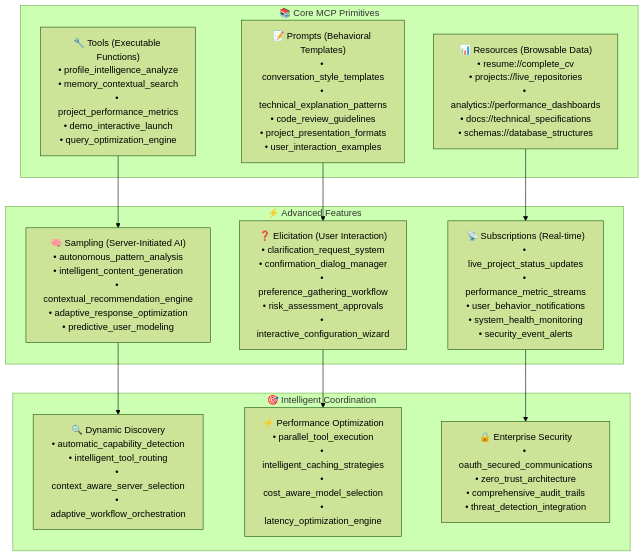
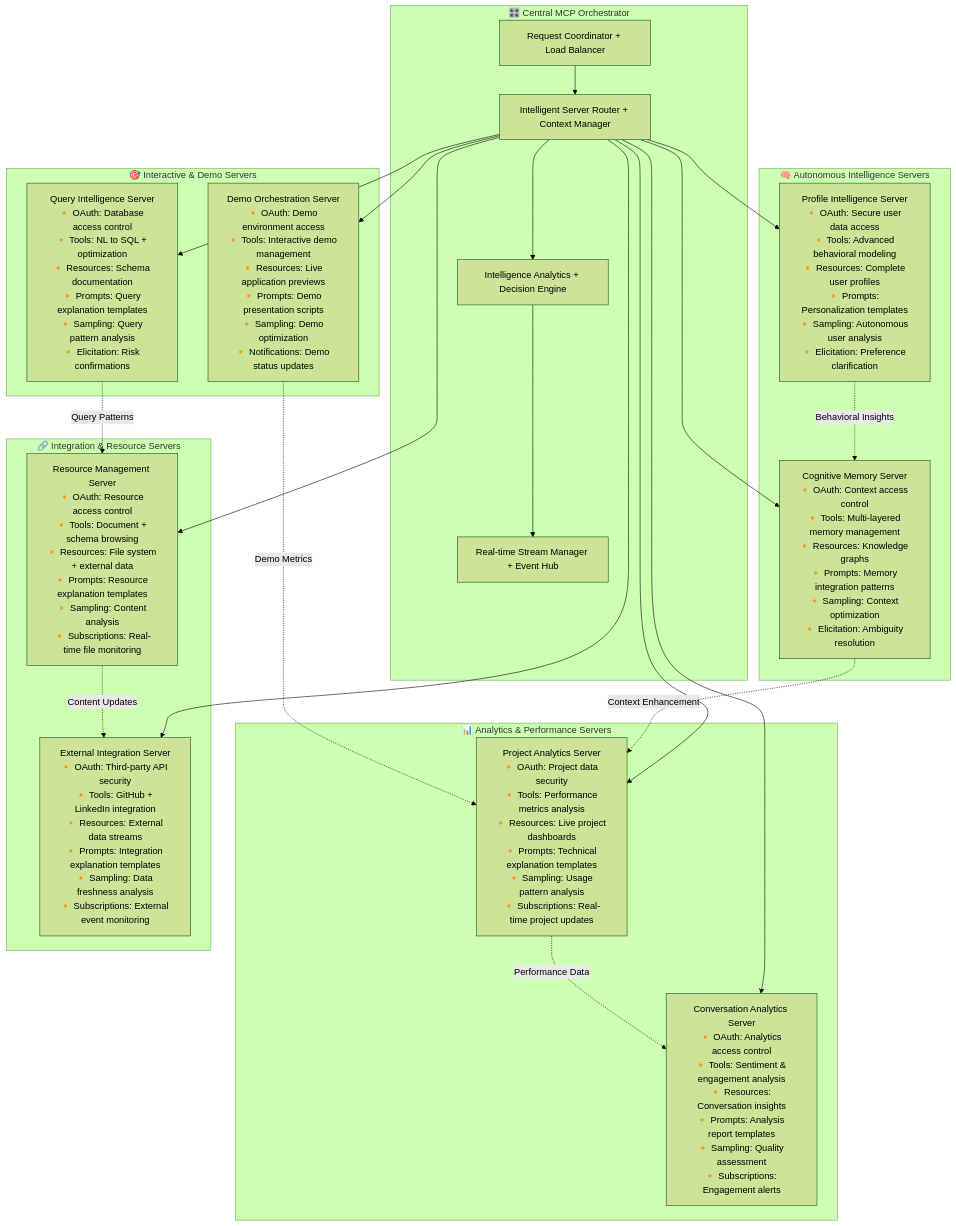
One commit to LSG-hub/Project-001 changed the sixth of 13 diagrams in README.md. Above: the diagram before and after it, drawn with Mermaid (forest theme). The commit also changed other lines of this file, not shown here.

````diff
--- a/README.md
+++ b/README.md
@@ -577,33 +968,53 @@
 ```mermaid
 graph TB
-    subgraph Core["📚 Core MCP Primitives"]
-        Tools["🔧 Tools (Executable Functions)<br/>• profile_intelligence_analyze<br/>• memory_contextual_search<br/>• project_performance_metrics<br/>• demo_interactive_launch<br/>• query_optimization_engine"]
-        
-        Resources["📊 Resources (Browsable Data)<br/>• resume://complete_cv<br/>• projects://live_repositories<br/>• analytics://performance_dashboards<br/>• docs://technical_specifications<br/>• schemas://database_structures"]
-        
-        Prompts["📝 Prompts (Behavioral Templates)<br/>• conversation_style_templates<br/>• technical_explanation_patterns<br/>• code_review_guidelines<br/>• project_presentation_formats<br/>• user_interaction_examples"]
+    subgraph "🎛️ Central MCP Orchestrator"
+        Coordinator[Request Coordinator + Load Balancer]
+        Router[Intelligent Server Router + Context Manager]
+        Analytics[Intelligence Analytics + Decision Engine]
+        Stream[Real-time Stream Manager + Event Hub]
     end
     
-    subgraph Advanced["⚡ Advanced Features"]
-        Sampling["🧠 Sampling (Server-Initiated AI)<br/>• autonomous_pattern_analysis<br/>• intelligent_content_generation<br/>• contextual_recommendation_engine<br/>• adaptive_response_optimization<br/>• predictive_user_modeling"]
+    subgraph "🧠 Autonomous Intelligence Servers"
+        ProfileIntel["Profile Intelligence Server<br/>🔸 OAuth: Secure user data access<br/>🔸 Tools: Advanced behavioral modeling<br/>🔸 Resources: Complete user profiles<br/>🔸 Prompts: Personalization templates<br/>🔸 Sampling: Autonomous user analysis<br/>🔸 Elicitation: Preference clarification"]
         
-        Elicitation["❓ Elicitation (User Interaction)<br/>• clarification_request_system<br/>• confirmation_dialog_manager<br/>• preference_gathering_workflow<br/>• risk_assessment_approvals<br/>• interactive_configuration_wizard"]
-        
-        Subscriptions["📡 Subscriptions (Real-time)<br/>• live_project_status_updates<br/>• performance_metric_streams<br/>• user_behavior_notifications<br/>• system_health_monitoring<br/>• security_event_alerts"]
+        MemoryIntel["Cognitive Memory Server<br/>🔸 OAuth: Context access control<br/>🔸 Tools: Multi-layered memory management<br/>🔸 Resources: Knowledge graphs<br/>🔸 Prompts: Memory integration patterns<br/>🔸 Sampling: Context optimization<br/>🔸 Elicitation: Ambiguity resolution"]
     end
     
-    subgraph Intelligence["🎯 Intelligent Coordination"]
-        Discovery["🔍 Dynamic Discovery<br/>• automatic_capability_detection<br/>• intelligent_tool_routing<br/>• context_aware_server_selection<br/>• adaptive_workflow_orchestration"]
+    subgraph "📊 Analytics & Performance Servers"
+        ProjectAnalytics["Project Analytics Server<br/>🔸 OAuth: Project data security<br/>🔸 Tools: Performance metrics analysis<br/>🔸 Resources: Live project dashboards<br/>🔸 Prompts: Technical explanation templates<br/>🔸 Sampling: Usage pattern analysis<br/>🔸 Subscriptions: Real-time project updates"]
         
-        Optimization["⚡ Performance Optimization<br/>• parallel_tool_execution<br/>• intelligent_caching_strategies<br/>• cost_aware_model_selection<br/>• latency_optimization_engine"]
-        
-        Security["🔒 Enterprise Security<br/>• oauth_secured_communications<br/>• zero_trust_architecture<br/>• comprehensive_audit_trails<br/>• threat_detection_integration"]
+        ConversationAnalytics["Conversation Analytics Server<br/>🔸 OAuth: Analytics access control<br/>🔸 Tools: Sentiment & engagement analysis<br/>🔸 Resources: Conversation insights<br/>🔸 Prompts: Analysis report templates<br/>🔸 Sampling: Quality assessment<br/>🔸 Subscriptions: Engagement alerts"]
     end
     
-    Tools --> Sampling
-    Resources --> Subscriptions  
-    Prompts --> Elicitation
-    Sampling --> Discovery
-    Elicitation --> Optimization
-    Subscriptions --> Security
+    subgraph "🎯 Interactive & Demo Servers"
+        DemoOrchestrator["Demo Orchestration Server<br/>🔸 OAuth: Demo environment access<br/>🔸 Tools: Interactive demo management<br/>🔸 Resources: Live application previews<br/>🔸 Prompts: Demo presentation scripts<br/>🔸 Sampling: Demo optimization<br/>🔸 Notifications: Demo status updates"]
+        
+        QueryIntel["Query Intelligence Server<br/>🔸 OAuth: Database access control<br/>🔸 Tools: NL to SQL + optimization<br/>🔸 Resources: Schema documentation<br/>🔸 Prompts: Query explanation templates<br/>🔸 Sampling: Query pattern analysis<br/>🔸 Elicitation: Risk confirmations"]
+    end
+    
+    subgraph "🔗 Integration & Resource Servers"
+        ResourceMgr["Resource Management Server<br/>🔸 OAuth: Resource access control<br/>🔸 Tools: Document + schema browsing<br/>🔸 Resources: File system + external data<br/>🔸 Prompts: Resource explanation templates<br/>🔸 Sampling: Content analysis<br/>🔸 Subscriptions: Real-time file monitoring"]
+        
+        ExternalInteg["External Integration Server<br/>🔸 OAuth: Third-party API security<br/>🔸 Tools: GitHub + LinkedIn integration<br/>🔸 Resources: External data streams<br/>🔸 Prompts: Integration explanation templates<br/>🔸 Sampling: Data freshness analysis<br/>🔸 Subscriptions: External event monitoring"]
+    end
+    
+    Coordinator --> Router
+    Router --> Analytics
+    Analytics --> Stream
+    
+    Router --> ProfileIntel
+    Router --> MemoryIntel
+    Router --> ProjectAnalytics
+    Router --> ConversationAnalytics
+    Router --> DemoOrchestrator
+    Router --> QueryIntel
+    Router --> ResourceMgr
+    Router --> ExternalInteg
+    
+    ProfileIntel -.->|Behavioral Insights| MemoryIntel
+    MemoryIntel -.->|Context Enhancement| ProjectAnalytics
+    ProjectAnalytics -.->|Performance Data| ConversationAnalytics
+    DemoOrchestrator -.->|Demo Metrics| ProjectAnalytics
+    QueryIntel -.->|Query Patterns| ResourceMgr
+    ResourceMgr -.->|Content Updates| ExternalInteg
 ```
````
